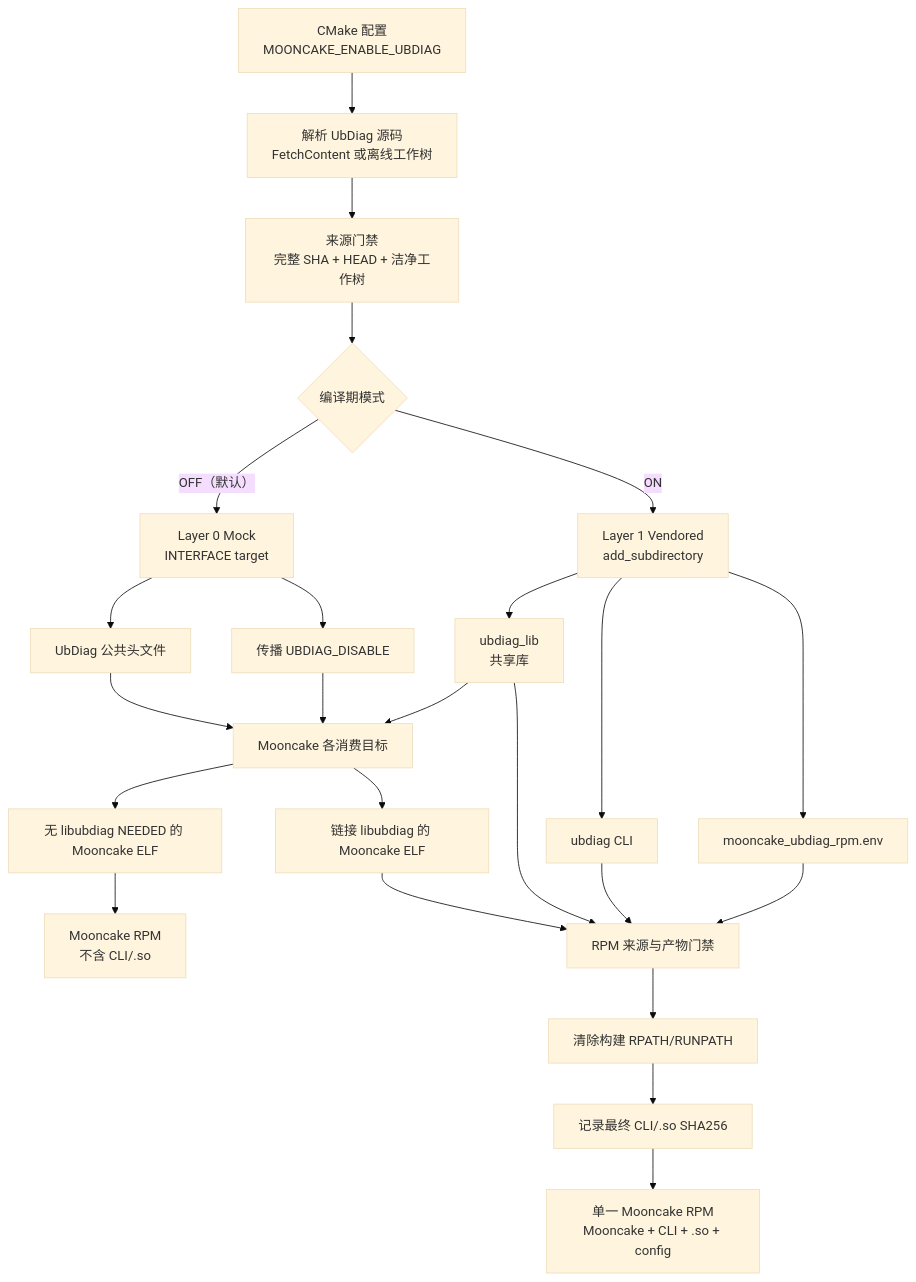
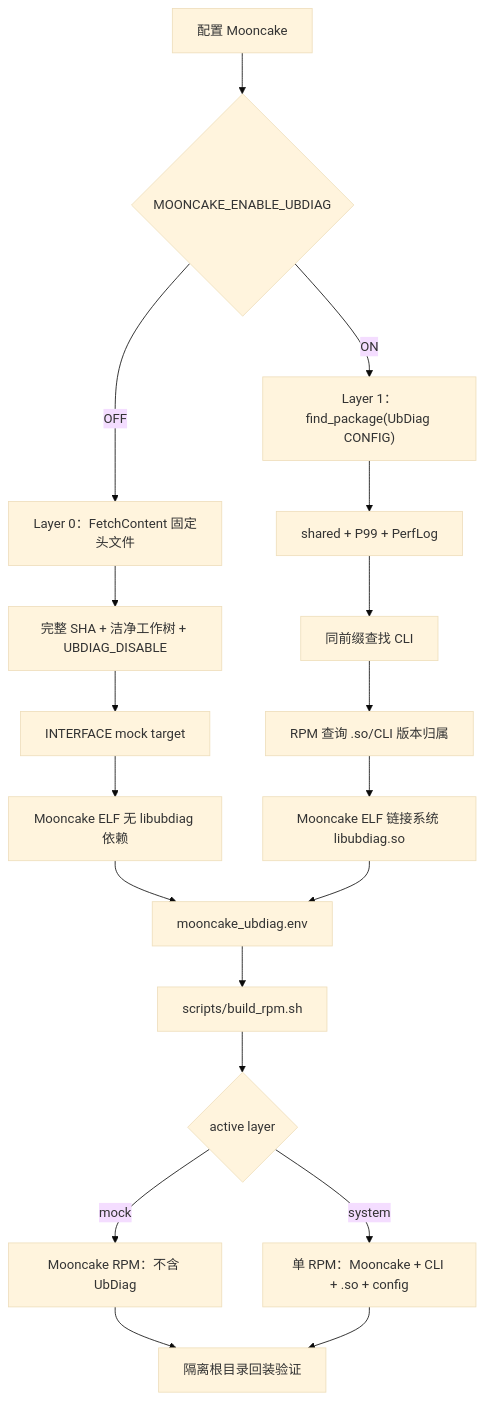
Before and after one commit to qinyufei63/Mooncake: the first of 3 diagrams in docs/mooncake_ubdiag_two_layer_technical_delivery.md, drawn with Mermaid (base theme). The commit also changed other lines of this file and 2 other files, not shown here.

````diff
--- a/docs/mooncake_ubdiag_two_layer_technical_delivery.md
+++ b/docs/mooncake_ubdiag_two_layer_technical_delivery.md
@@ -30,28 +20,23 @@
 ```mermaid
-flowchart TB
-    User["CMake 配置<br/>MOONCAKE_ENABLE_UBDIAG"] --> Source["解析 UbDiag 源码<br/>FetchContent 或离线工作树"]
-    Source --> Gate["来源门禁<br/>完整 SHA + HEAD + 洁净工作树"]
-    Gate --> Mode{"编译期模式"}
+flowchart TD
+    A["配置 Mooncake"] --> B{"MOONCAKE_ENABLE_UBDIAG"}
+    B -->|"OFF"| C["Layer 0：FetchContent 固定头文件"]
+    C --> D["完整 SHA + 洁净工作树 + UBDIAG_DISABLE"]
+    D --> E["INTERFACE mock target"]
+    E --> F["Mooncake ELF 无 libubdiag 依赖"]
 
-    Mode -->|"OFF（默认）"| L0["Layer 0 Mock<br/>INTERFACE target"]
-    L0 --> Header["UbDiag 公共头文件"]
-    L0 --> Disable["传播 UBDIAG_DISABLE"]
-    Header --> Consumers["Mooncake 各消费目标"]
-    Disable --> Consumers
-    Consumers --> MockBin["无 libubdiag NEEDED 的 Mooncake ELF"]
-    MockBin --> MockRpm["Mooncake RPM<br/>不含 CLI/.so"]
+    B -->|"ON"| G["Layer 1：find_package(UbDiag CONFIG)"]
+    G --> H["shared + P99 + PerfLog"]
+    H --> I["同前缀查找 CLI"]
+    I --> J["RPM 查询 .so/CLI 版本归属"]
+    J --> K["Mooncake ELF 链接系统 libubdiag.so"]
 
-    Mode -->|"ON"| L1["Layer 1 Vendored<br/>add_subdirectory"]
-    L1 --> SDK["ubdiag_lib<br/>共享库"]
-    L1 --> CLI["ubdiag CLI"]
-    SDK --> Consumers
-    L1 --> Manifest["mooncake_ubdiag_rpm.env"]
-    Consumers --> RealBin["链接 libubdiag 的 Mooncake ELF"]
-    CLI --> Package["RPM 来源与产物门禁"]
-    SDK --> Package
-    Manifest --> Package
-    RealBin --> Package
-    Package --> Rpath["清除构建 RPATH/RUNPATH"]
-    Rpath --> Provenance["记录最终 CLI/.so SHA256"]
-    Provenance --> L1Rpm["单一 Mooncake RPM<br/>Mooncake + CLI + .so + config"]
+    F --> L["mooncake_ubdiag.env"]
+    K --> L
+    L --> M["scripts/build_rpm.sh"]
+    M --> N{"active layer"}
+    N -->|"mock"| O["Mooncake RPM：不含 UbDiag"]
+    N -->|"system"| P["单 RPM：Mooncake + CLI + .so + config"]
+    O --> Q["隔离根目录回装验证"]
+    P --> Q
 ```
````
